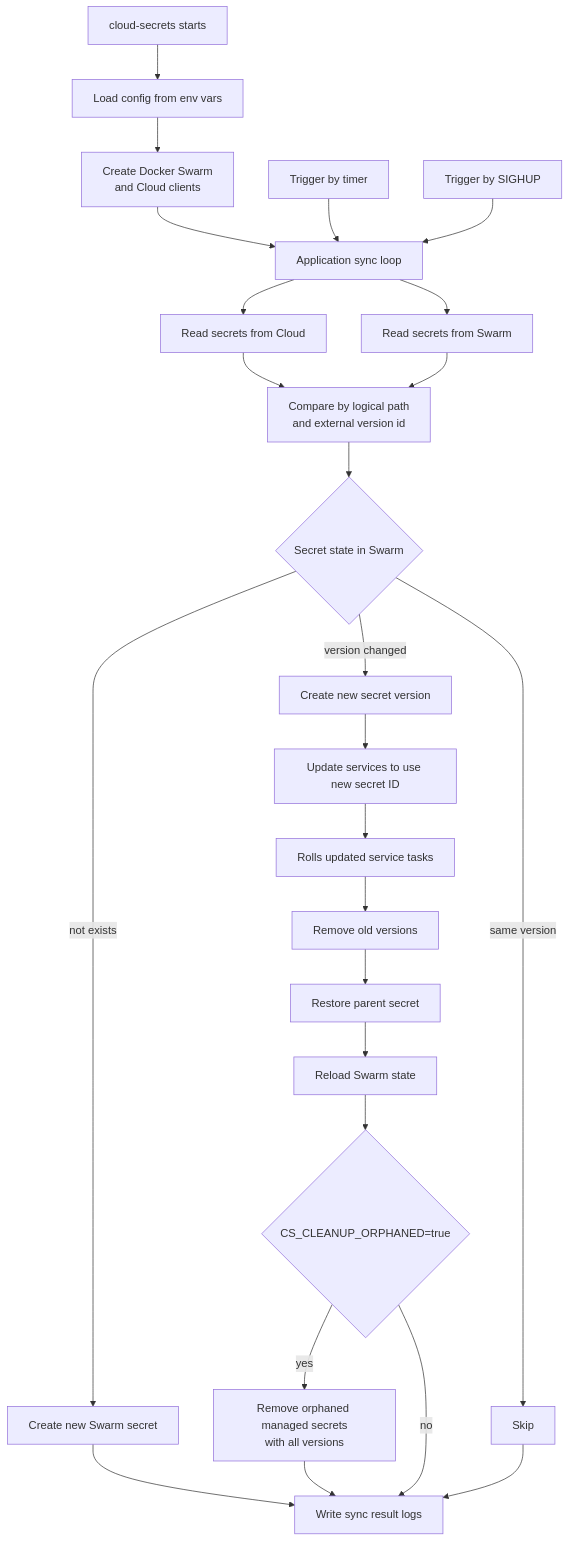
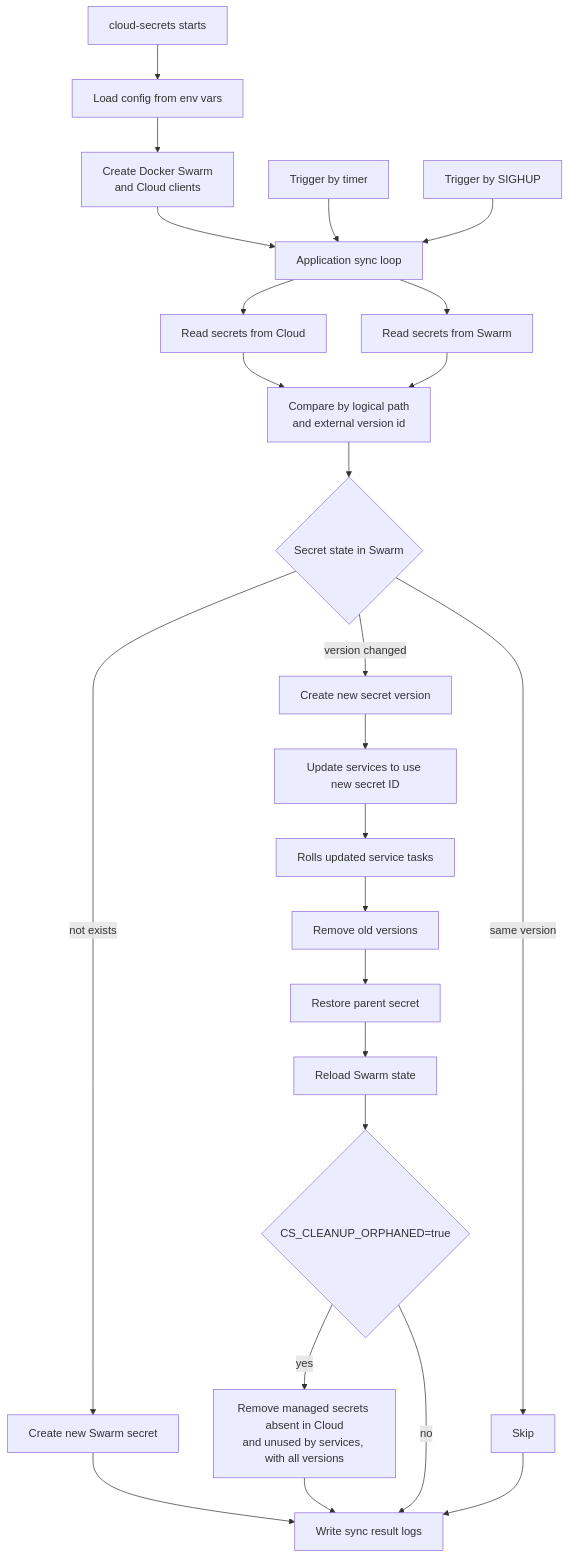
The diagram in README.md (swarm-deploy/cloud-secrets), drawn with Mermaid before and after one commit. The commit also changed 8 other files, not shown here.

````diff
--- a/README.md
+++ b/README.md
@@ -10,32 +10,32 @@
 ```mermaid
 flowchart TD
     A[cloud-secrets starts] --> B[Load config from env vars]
     B --> C["Create Docker Swarm<br/>and Cloud clients"]
     C --> E[Application sync loop]
 
     F[Trigger by timer] --> E
     Q[Trigger by SIGHUP] --> E
 
     E --> G[Read secrets from Cloud]
     E --> H[Read secrets from Swarm]
     G --> I["Compare by logical path<br/>and external version id"]
     H --> I
 
     I --> J{Secret state in Swarm}
     J -->|not exists| K[Create new Swarm secret]
     J -->|version changed| L[Create new secret version]
     J -->|same version| M[Skip]
 
     L --> N["Update services to use new secret ID"]
     N --> R[Rolls updated service tasks]
     R --> O[Remove old versions]
     O --> S[Restore parent secret]
     S --> T["Reload Swarm state"]
     T --> U{"CS_CLEANUP_ORPHANED=true"}
-    U -->|yes| V["Remove orphaned managed secrets<br/>with all versions"]
+    U -->|yes| V["Remove managed secrets absent in Cloud<br/>and unused by services, with all versions"]
     U -->|no| P
 
     K --> P[Write sync result logs]
     V --> P
     M --> P
 ```
````
